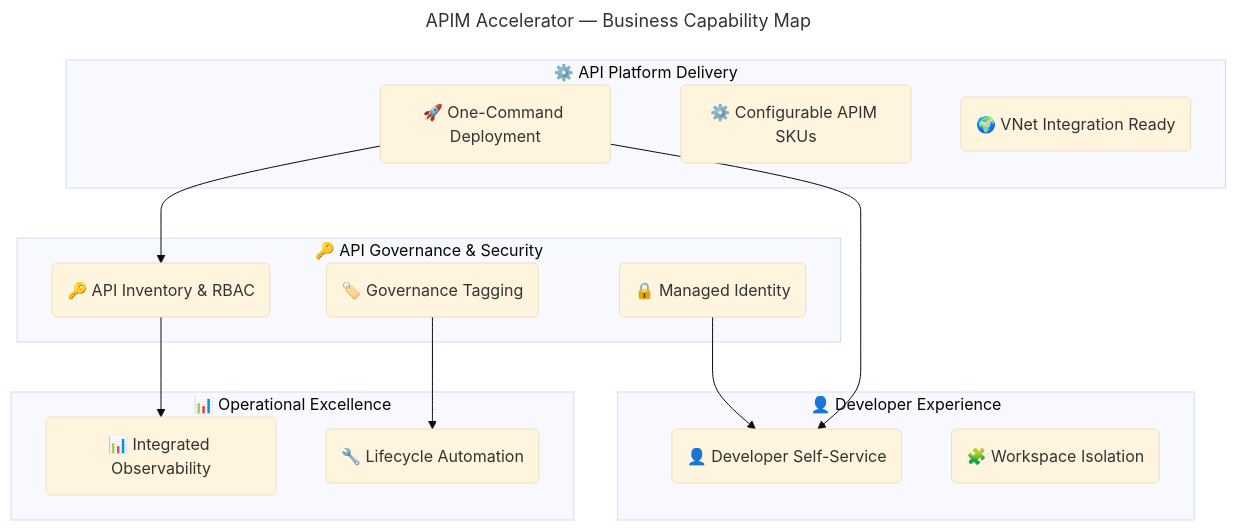
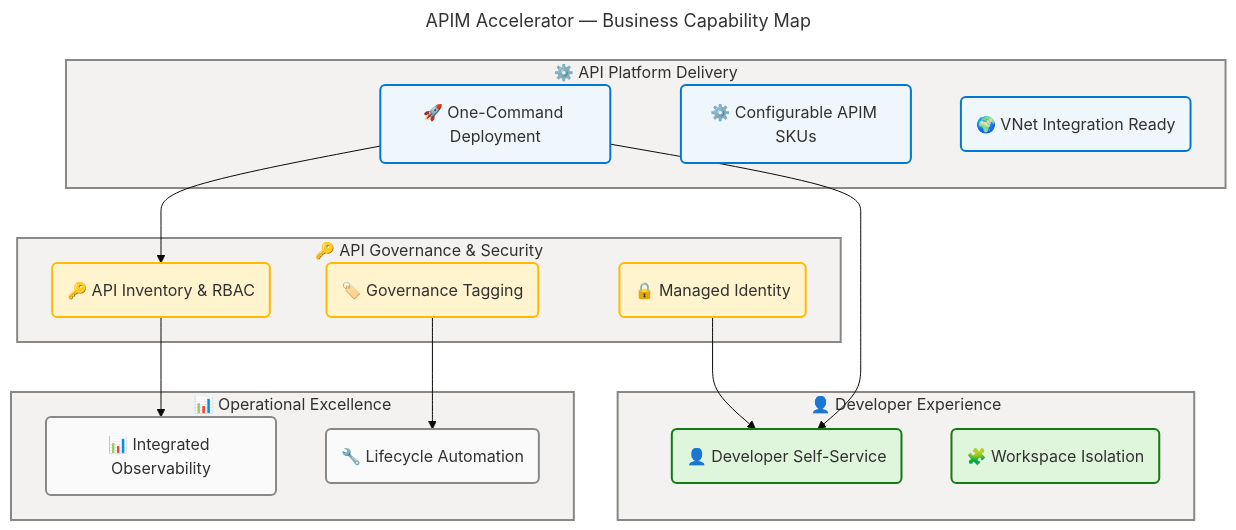
The first of 6 diagrams in docs/architecture/business-architecture.md (Evilazaro/APIM-Accelerator), drawn with Mermaid before and after one commit. The commit also changed other lines of this file, not shown here.

Commit message:
style: enhance flowchart styles with additional class definitions for improved clarity and consistency in business architecture diagrams

````diff
--- a/docs/architecture/business-architecture.md
+++ b/docs/architecture/business-architecture.md
@@ -260,59 +260,69 @@
 ```mermaid
 ---
 title: "APIM Accelerator — Business Capability Map"
 config:
   theme: base
   look: classic
   layout: dagre
   themeVariables:
     fontSize: '16px'
   flowchart:
     htmlLabels: true
 ---
 flowchart TB
     accTitle: APIM Accelerator Business Capability Map
     accDescr: Four business capability domains with ten grouped capabilities — API Platform Delivery, Developer Experience, API Governance and Security, and Operational Excellence — sourced from README.md features table and src Bicep modules
 
     %% ═══════════════════════════════════════════════════════════════════════════
     %% AZURE / FLUENT ARCHITECTURE PATTERN v2.0
     %% (Semantic + Structural + Font + Accessibility Governance)
     %% ═══════════════════════════════════════════════════════════════════════════
     %% PHASE 1 - FLUENT UI: All styling uses approved Fluent UI palette only
     %% PHASE 2 - GROUPS: Every subgraph has semantic color via style directive
     %% PHASE 3 - COMPONENTS: Every node has semantic classDef + icon prefix
     %% PHASE 4 - ACCESSIBILITY: accTitle/accDescr present, WCAG AA contrast
     %% PHASE 5 - STANDARD: Governance block present, classDefs centralized
     %% ═══════════════════════════════════════════════════════════════════════════
 
 
 
     subgraph platformDelivery["⚙️ API Platform Delivery"]
         cap1("🚀 One-Command Deployment"):::core
         cap2("⚙️ Configurable APIM SKUs"):::core
         cap3("🌍 VNet Integration Ready"):::core
     end
 
     subgraph devExp["👤 Developer Experience"]
         cap4("👤 Developer Self-Service"):::success
         cap5("🧩 Workspace Isolation"):::success
     end
 
     subgraph apiGov["🔑 API Governance & Security"]
         cap6("🔑 API Inventory & RBAC"):::warning
         cap7("🏷️ Governance Tagging"):::warning
         cap8("🔒 Managed Identity"):::warning
     end
 
     subgraph operations["📊 Operational Excellence"]
         cap9("📊 Integrated Observability"):::neutral
         cap10("🔧 Lifecycle Automation"):::neutral
     end
 
     cap1 --> cap4
     cap1 --> cap6
     cap6 --> cap9
     cap8 --> cap4
     cap7 --> cap10
 
+    classDef neutral fill:#FAFAFA,stroke:#8A8886,stroke-width:2px,color:#323130
+    classDef core fill:#EFF6FC,stroke:#0078D4,stroke-width:2px,color:#323130
+    classDef success fill:#DFF6DD,stroke:#107C10,stroke-width:2px,color:#323130
+    classDef warning fill:#FFF4CE,stroke:#FFB900,stroke-width:2px,color:#323130
+    classDef danger fill:#FDE7E9,stroke:#D13438,stroke-width:2px,color:#323130
+
+    style platformDelivery fill:#F3F2F1,stroke:#8A8886,stroke-width:2px,color:#323130
+    style devExp fill:#F3F2F1,stroke:#8A8886,stroke-width:2px,color:#323130
+    style apiGov fill:#F3F2F1,stroke:#8A8886,stroke-width:2px,color:#323130
+    style operations fill:#F3F2F1,stroke:#8A8886,stroke-width:2px,color:#323130
 
 ```
````
